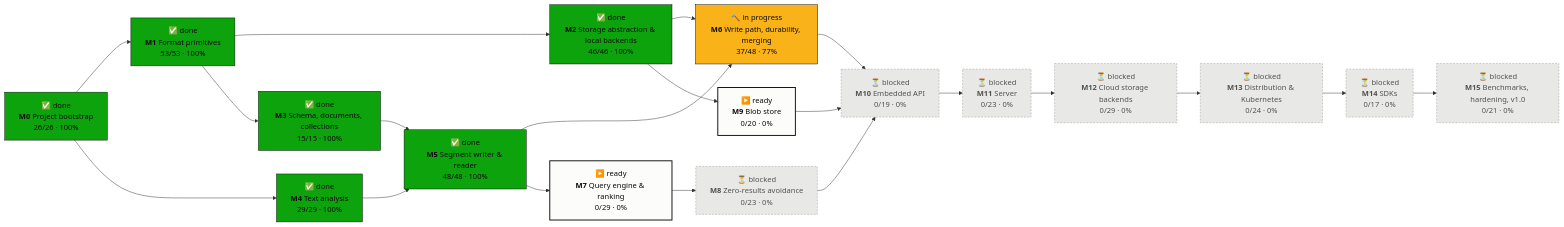
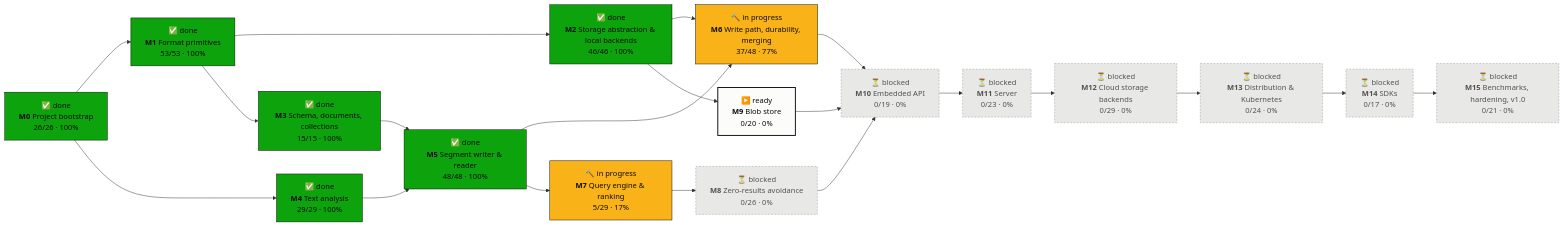
One commit to tomiok/persiaDB changed the first of 2 diagrams in PROGRESS.md. Above: the diagram before and after it, drawn with Mermaid. The commit also changed other lines of this file and 21 other files, not shown here.

First line of the commit message:
Query AST, user text compiler, filter DSL and limits (ROADMAP 7.1)

````diff
--- a/PROGRESS.md
+++ b/PROGRESS.md
@@ -16,42 +16,42 @@
 ```mermaid
 flowchart LR
   M0["✅ done<br/><b>M0</b> Project bootstrap<br/>26/26 · 100%"]:::done
   M1["✅ done<br/><b>M1</b> Format primitives<br/>53/53 · 100%"]:::done
   M2["✅ done<br/><b>M2</b> Storage abstraction & local backends<br/>46/46 · 100%"]:::done
   M3["✅ done<br/><b>M3</b> Schema, documents, collections<br/>15/15 · 100%"]:::done
   M4["✅ done<br/><b>M4</b> Text analysis<br/>29/29 · 100%"]:::done
   M5["✅ done<br/><b>M5</b> Segment writer & reader<br/>48/48 · 100%"]:::done
   M6["🔨 in progress<br/><b>M6</b> Write path, durability, merging<br/>37/48 · 77%"]:::doing
-  M7["▶️ ready<br/><b>M7</b> Query engine & ranking<br/>0/29 · 0%"]:::ready
-  M8["⏳ blocked<br/><b>M8</b> Zero-results avoidance<br/>0/23 · 0%"]:::blocked
+  M7["🔨 in progress<br/><b>M7</b> Query engine & ranking<br/>5/29 · 17%"]:::doing
+  M8["⏳ blocked<br/><b>M8</b> Zero-results avoidance<br/>0/26 · 0%"]:::blocked
   M9["▶️ ready<br/><b>M9</b> Blob store<br/>0/20 · 0%"]:::ready
   M10["⏳ blocked<br/><b>M10</b> Embedded API<br/>0/19 · 0%"]:::blocked
   M11["⏳ blocked<br/><b>M11</b> Server<br/>0/23 · 0%"]:::blocked
   M12["⏳ blocked<br/><b>M12</b> Cloud storage backends<br/>0/29 · 0%"]:::blocked
   M13["⏳ blocked<br/><b>M13</b> Distribution & Kubernetes<br/>0/24 · 0%"]:::blocked
   M14["⏳ blocked<br/><b>M14</b> SDKs<br/>0/17 · 0%"]:::blocked
   M15["⏳ blocked<br/><b>M15</b> Benchmarks, hardening, v1.0<br/>0/21 · 0%"]:::blocked
   M0 --> M1
   M1 --> M2
   M1 --> M3
   M0 --> M4
   M3 --> M5
   M4 --> M5
   M2 --> M6
   M5 --> M6
   M5 --> M7
   M7 --> M8
   M2 --> M9
   M6 --> M10
   M8 --> M10
   M9 --> M10
   M10 --> M11
   M11 --> M12
   M12 --> M13
   M13 --> M14
   M14 --> M15
   classDef done fill:#0ca30c,stroke:#0b0b0b,color:#0b0b0b
   classDef doing fill:#fab219,stroke:#0b0b0b,color:#0b0b0b
   classDef ready fill:#fcfcfb,stroke:#0b0b0b,stroke-width:2px,color:#0b0b0b
   classDef blocked fill:#e8e8e6,stroke:#9a9a96,stroke-dasharray:4 3,color:#52514e
 ```
````
